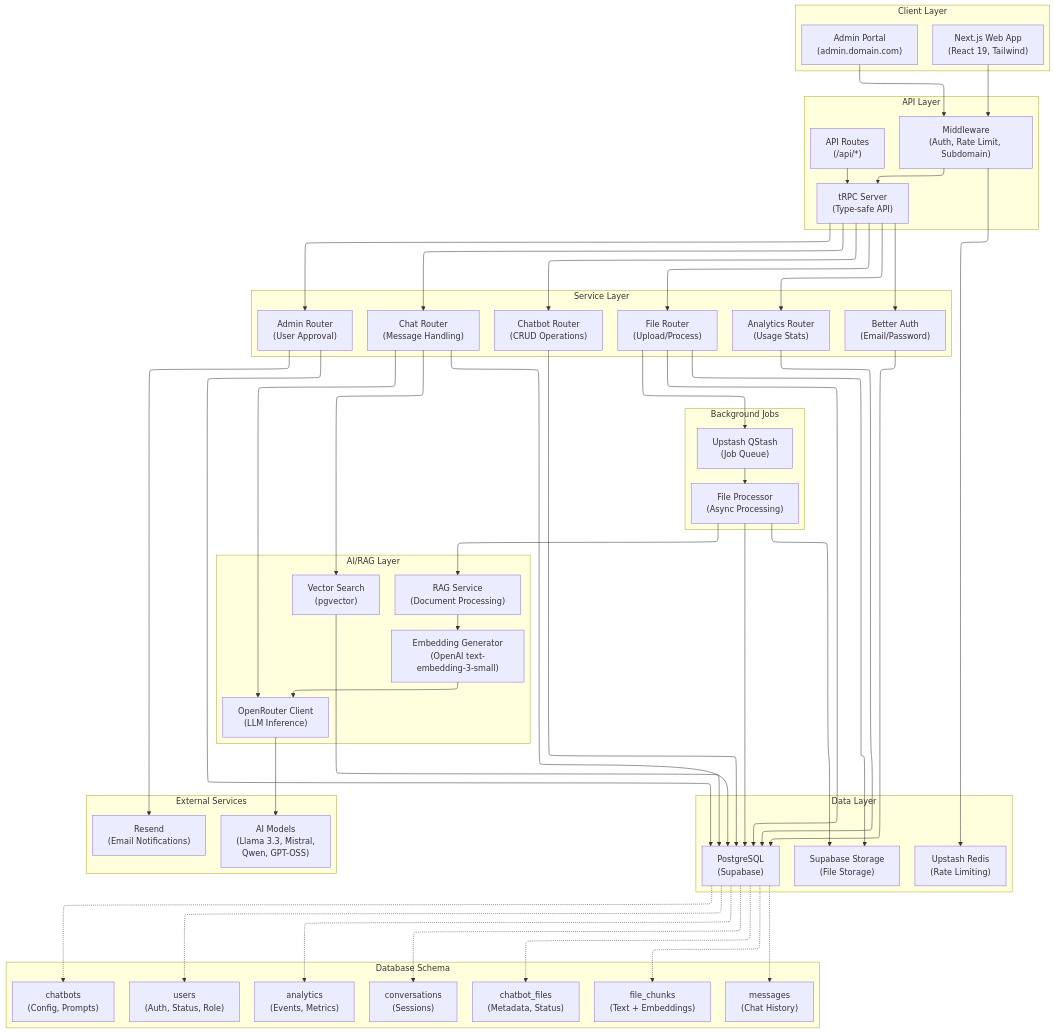
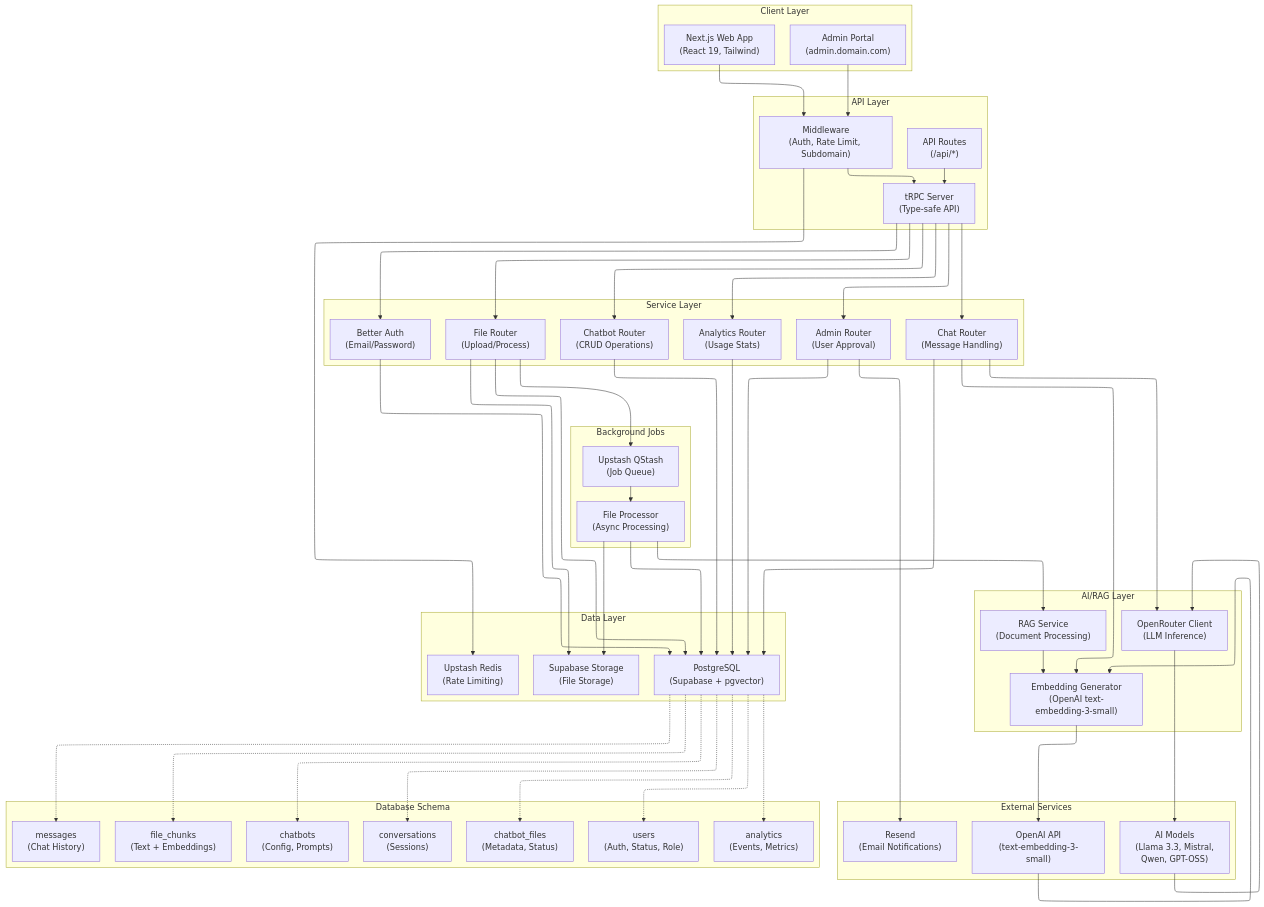
Before and after one commit to akhileshrangani4/aialexa-v2: the diagram in diagrams/architecture/system_architecture.mmd, drawn with Mermaid. The commit also changed 2 other files, not shown here.

Commit message:
feat: update architecture diagram

```diff
--- a/diagrams/architecture/system_architecture.mmd
+++ b/diagrams/architecture/system_architecture.mmd
@@ -1,68 +1,69 @@
 ---
 config:
   layout: elk
 ---
 flowchart TB
  subgraph subGraph0["Client Layer"]
         WebApp["Next.js Web App<br>(React 19, Tailwind)"]
         AdminPortal["Admin Portal<br>(admin.domain.com)"]
   end
  subgraph subGraph1["API Layer"]
         tRPC["tRPC Server<br>(Type-safe API)"]
         Middleware["Middleware<br>(Auth, Rate Limit, Subdomain)"]
         APIRoutes["API Routes<br>(/api/*)"]
   end
  subgraph subGraph2["Service Layer"]
         AuthService["Better Auth<br>(Email/Password)"]
         ChatRouter["Chat Router<br>(Message Handling)"]
         ChatbotRouter["Chatbot Router<br>(CRUD Operations)"]
         FileRouter["File Router<br>(Upload/Process)"]
         AdminRouter["Admin Router<br>(User Approval)"]
         AnalyticsRouter["Analytics Router<br>(Usage Stats)"]
   end
  subgraph subGraph3["AI/RAG Layer"]
         OpenRouter["OpenRouter Client<br>(LLM Inference)"]
         RAGService["RAG Service<br>(Document Processing)"]
         EmbeddingGen["Embedding Generator<br>(OpenAI text-embedding-3-small)"]
-        VectorSearch["Vector Search<br>(pgvector)"]
   end
  subgraph subGraph4["Data Layer"]
-        PostgreSQL["PostgreSQL<br>(Supabase)"]
+        PostgreSQL["PostgreSQL<br>(Supabase + pgvector)"]
         Storage["Supabase Storage<br>(File Storage)"]
         Redis["Upstash Redis<br>(Rate Limiting)"]
   end
  subgraph subGraph5["Background Jobs"]
         QStash["Upstash QStash<br>(Job Queue)"]
         FileProcessor["File Processor<br>(Async Processing)"]
   end
  subgraph subGraph6["External Services"]
         Models["AI Models<br>(Llama 3.3, Mistral,<br>Qwen, GPT-OSS)"]
+        OpenAI["OpenAI API<br>(text-embedding-3-small)"]
         Resend["Resend<br>(Email Notifications)"]
   end
  subgraph subGraph7["Database Schema"]
         Users["users<br>(Auth, Status, Role)"]
         Chatbots["chatbots<br>(Config, Prompts)"]
         Files["chatbot_files<br>(Metadata, Status)"]
         Chunks["file_chunks<br>(Text + Embeddings)"]
         Conversations["conversations<br>(Sessions)"]
         Messages["messages<br>(Chat History)"]
         Analytics["analytics<br>(Events, Metrics)"]
   end
     WebApp --> Middleware
     AdminPortal --> Middleware
     Middleware --> tRPC & Redis
     tRPC --> AuthService & ChatRouter & ChatbotRouter & FileRouter & AdminRouter & AnalyticsRouter
-    ChatRouter --> OpenRouter & VectorSearch & PostgreSQL
+    ChatRouter --> EmbeddingGen & OpenRouter & PostgreSQL
     FileRouter --> Storage & QStash & PostgreSQL
     AdminRouter --> Resend & PostgreSQL
     QStash --> FileProcessor
     FileProcessor --> RAGService & Storage & PostgreSQL
     RAGService --> EmbeddingGen
     OpenRouter --> Models
-    EmbeddingGen --> OpenRouter
+    Models --> OpenRouter
+    EmbeddingGen --> OpenAI
+    OpenAI --> EmbeddingGen
     ChatbotRouter --> PostgreSQL
     AnalyticsRouter --> PostgreSQL
     AuthService --> PostgreSQL
-    VectorSearch --> PostgreSQL
     PostgreSQL -.-> Users & Chatbots & Files & Chunks & Conversations & Messages & Analytics
     APIRoutes --> tRPC
```
